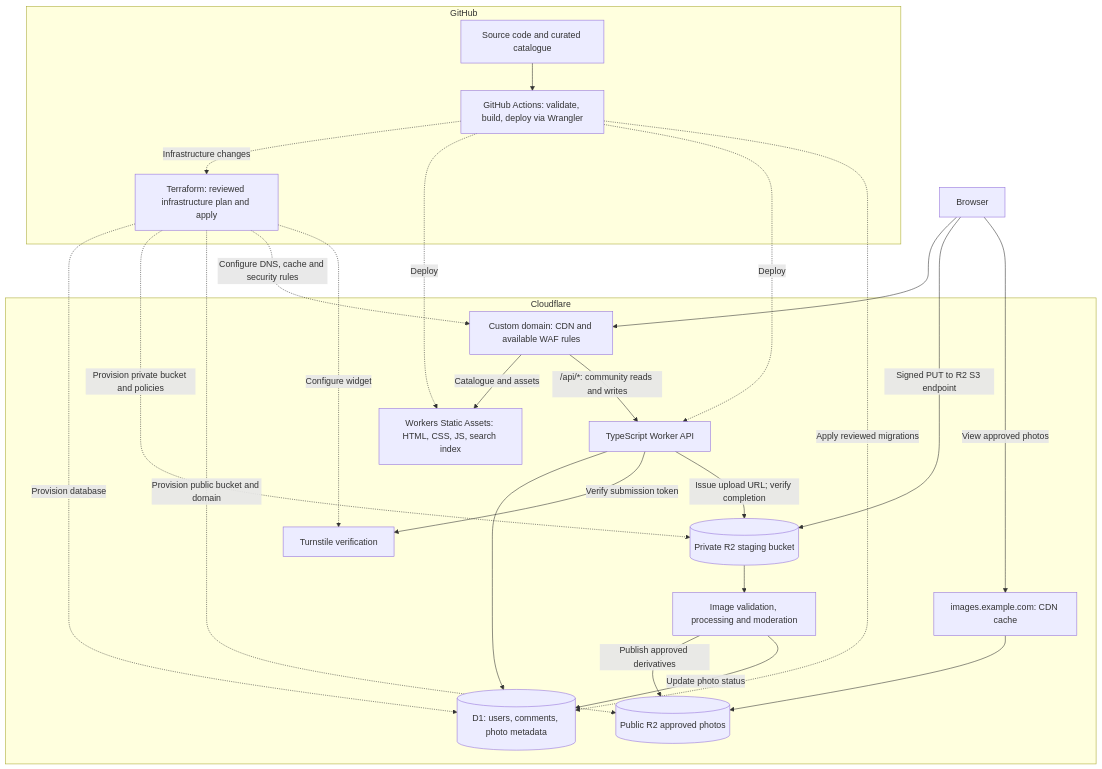
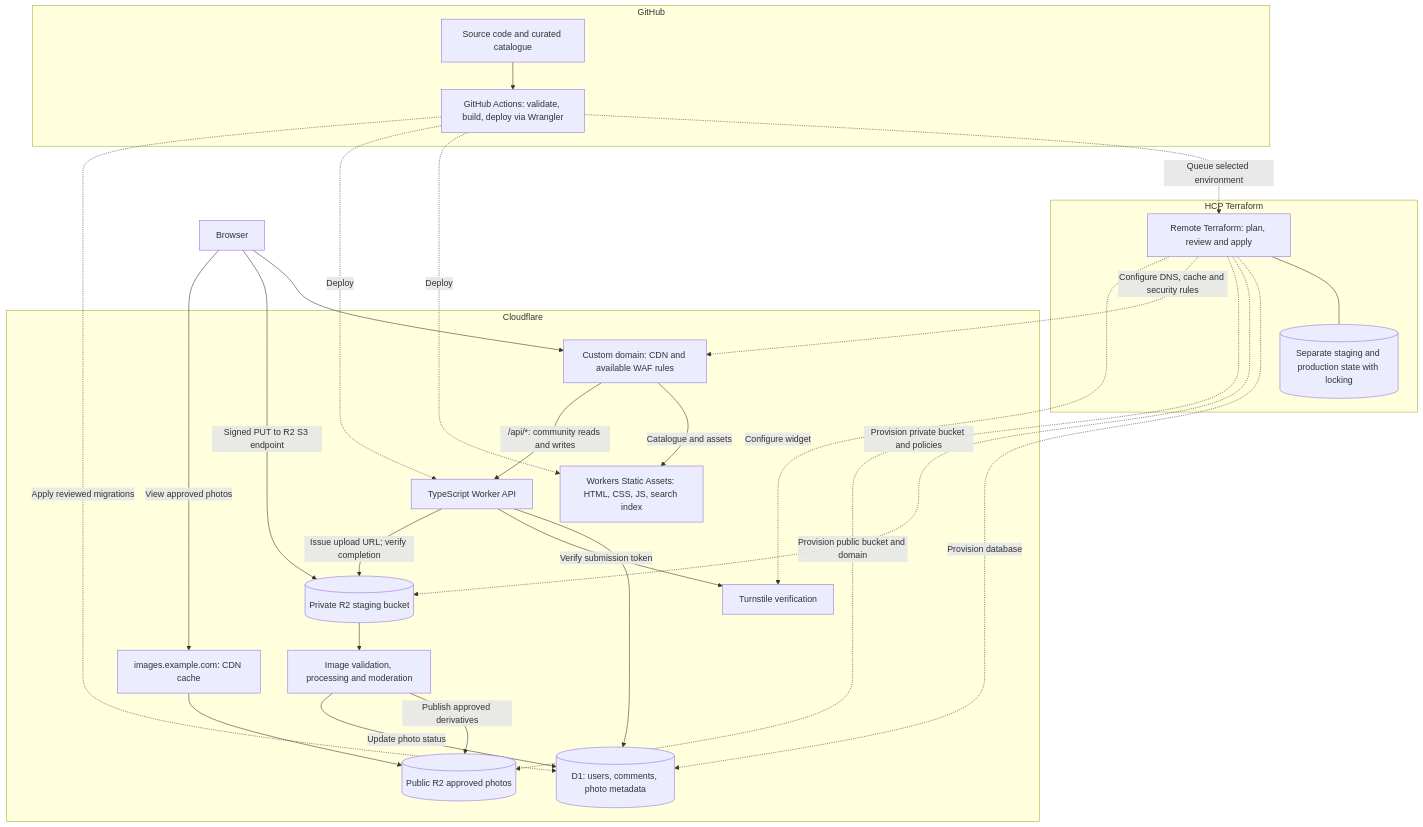
The diagram in README.md (drewfreyling/velogroupsets), drawn with Mermaid before and after one commit. The commit also changed other lines of this file and 19 other files, not shown here.

````diff
--- a/README.md
+++ b/README.md
@@ -24,46 +24,51 @@
 ```mermaid
 flowchart TD
     Browser["Browser"]
 
     subgraph GitHub["GitHub"]
         Repo["Source code and curated catalogue"]
         CI["GitHub Actions: validate, build, deploy via Wrangler"]
-        TF["Terraform: reviewed infrastructure plan and apply"]
         Repo --> CI
-        CI -.->|"Infrastructure changes"| TF
     end
+
+    subgraph HCP["HCP Terraform"]
+        TF["Remote Terraform: plan, review and apply"]
+        State[("Separate staging and production state with locking")]
+        TF --- State
+    end
+    CI -.->|"Queue selected environment"| TF
 
     subgraph Cloudflare["Cloudflare"]
         Edge["Custom domain: CDN and available WAF rules"]
         Static["Workers Static Assets: HTML, CSS, JS, search index"]
         API["TypeScript Worker API"]
         DB[("D1: users, comments, photo metadata")]
         Staging[("Private R2 staging bucket")]
         Processing["Image validation, processing and moderation"]
         Photos[("Public R2 approved photos")]
         ImageCDN["images.example.com: CDN cache"]
         Turnstile["Turnstile verification"]
 
         Edge -->|"Catalogue and assets"| Static
         Edge -->|"/api/*: community reads and writes"| API
         API --> DB
         API -->|"Verify submission token"| Turnstile
         API -->|"Issue upload URL; verify completion"| Staging
         Staging --> Processing
         Processing -->|"Publish approved derivatives"| Photos
         Processing -->|"Update photo status"| DB
         ImageCDN --> Photos
     end
 
     Browser --> Edge
     Browser -->|"Signed PUT to R2 S3 endpoint"| Staging
     Browser -->|"View approved photos"| ImageCDN
     CI -.->|"Deploy"| Static
     CI -.->|"Deploy"| API
     CI -.->|"Apply reviewed migrations"| DB
     TF -.->|"Provision database"| DB
     TF -.->|"Provision private bucket and policies"| Staging
     TF -.->|"Provision public bucket and domain"| Photos
     TF -.->|"Configure DNS, cache and security rules"| Edge
     TF -.->|"Configure widget"| Turnstile
 ```
````
